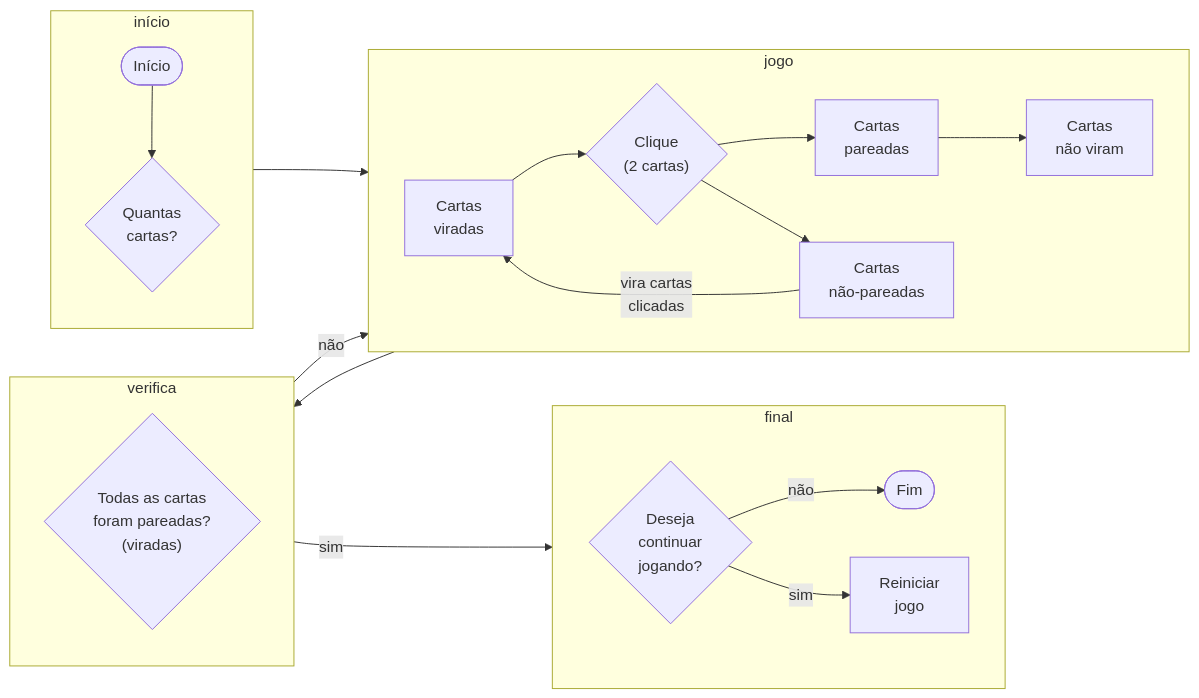
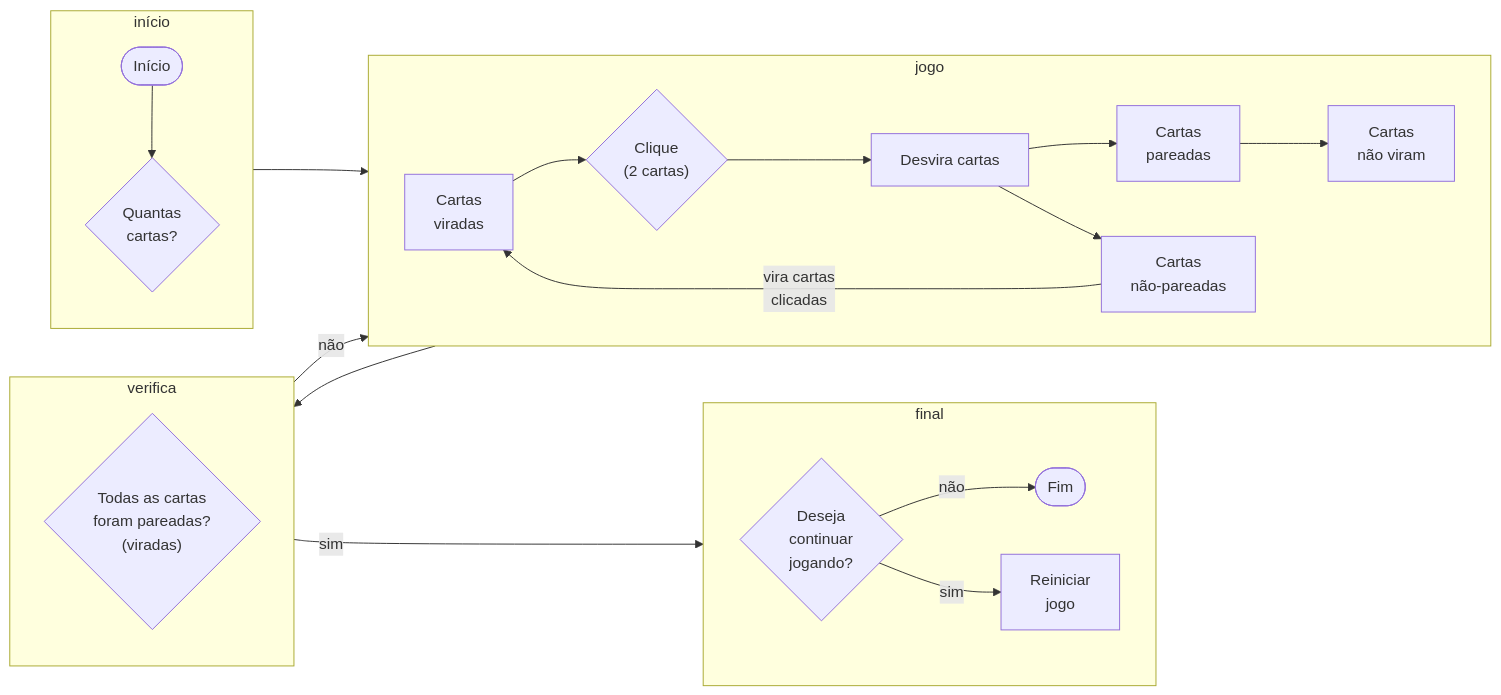
One commit to carloshnp/projeto4-parrotscardgame changed the diagram in code_architecture.md. Above: the diagram before and after it, drawn with Mermaid.

````diff
--- a/code_architecture.md
+++ b/code_architecture.md
@@ -10,28 +10,29 @@
 ```mermaid
 flowchart LR
     subgraph início
         A([Início]) --> B{Quantas \n cartas?}
     end
     subgraph jogo
         direction LR
         C[Cartas \n viradas]
         C-->D{"Clique \n (2 cartas)"}
-        D-->E[Cartas \n pareadas]
-        D-->F[Cartas \n não-pareadas]
+        D-->Z[Desvira cartas]
+        Z-->E[Cartas \n pareadas]
+        Z-->F[Cartas \n não-pareadas]
         E-->G[Cartas \n não viram]
         F-->|vira cartas \n clicadas|C
     end
     subgraph verifica
         I{"Todas as cartas \n foram pareadas? \n (viradas)"}
     end
     subgraph final
         direction LR
         K{Deseja \n continuar \n jogando?}
         K-->|não|L([Fim])
         K-->|sim|M[Reiniciar \n jogo]
     end
     início-->jogo
     jogo-->verifica
     verifica-->|não|jogo
     verifica-->|sim|final
 ```
````
